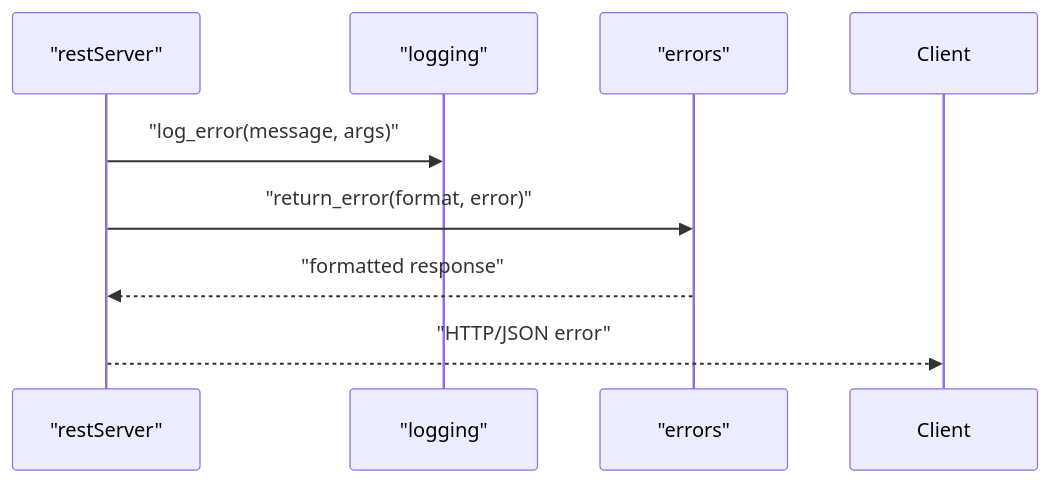
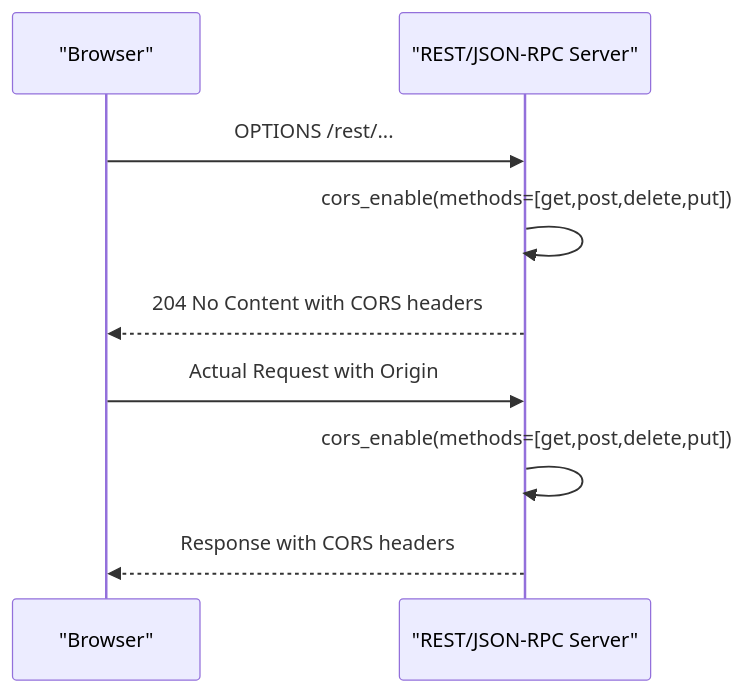
The seventh of 10 diagrams in .qoder/repowiki/en/content/Authentication and Security.md (time-link/timelink-kleio), drawn with Mermaid before and after one commit. The commit also changed other lines of this file and 225 other files, not shown here.

````diff
--- a/.qoder/repowiki/en/content/Authentication and Security.md
+++ b/.qoder/repowiki/en/content/Authentication and Security.md
@@ -269,10 +273,11 @@
 ```mermaid
 sequenceDiagram
-participant REST as "restServer"
-participant LOG as "logging"
-participant ERR as "errors"
-REST->>LOG : "log_error(message, args)"
-REST->>ERR : "return_error(format, error)"
-ERR-->>REST : "formatted response"
-REST-->>Client : "HTTP/JSON error"
+participant Browser as "Browser"
+participant RS as "REST/JSON-RPC Server"
+Browser->>RS : OPTIONS /rest/...
+RS->>RS : cors_enable(methods=[get,post,delete,put])
+RS-->>Browser : 204 No Content with CORS headers
+Browser->>RS : Actual Request with Origin
+RS->>RS : cors_enable(methods=[get,post,delete,put])
+RS-->>Browser : Response with CORS headers
 ```
````
